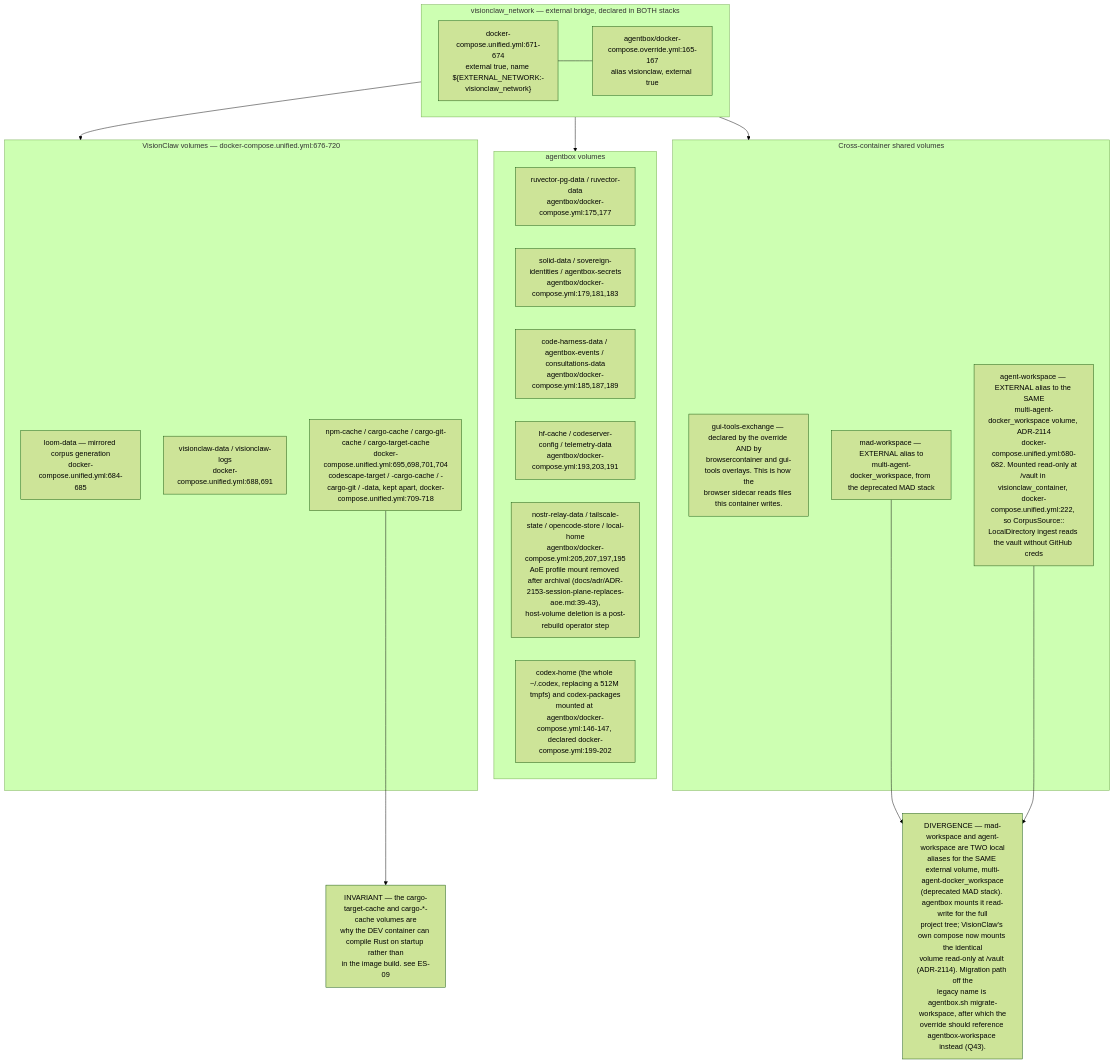
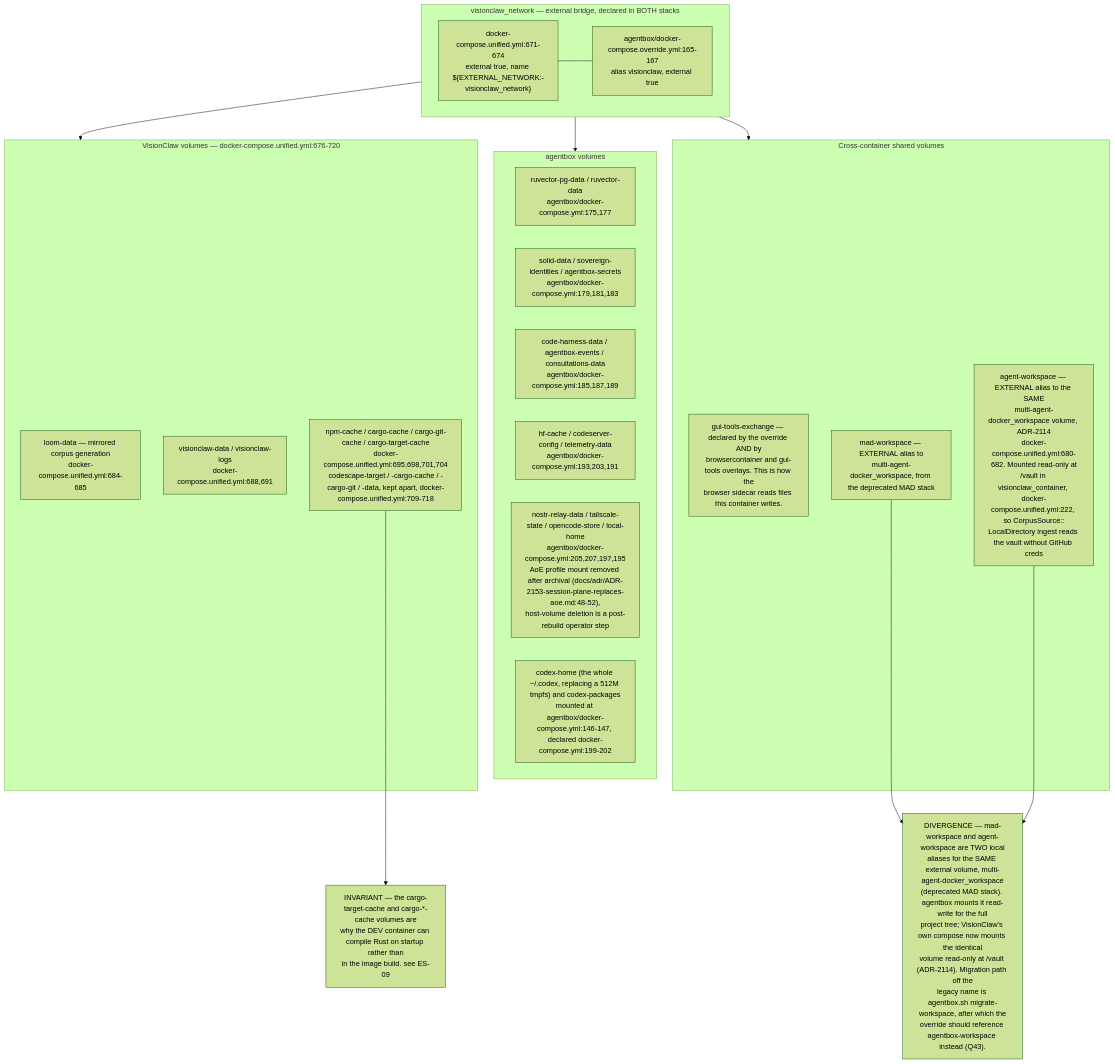
One commit to DreamLab-AI/VisionFlow changed the fourth of 8 diagrams in docs/diagrams/estate/01-estate-topology.md. Above: the diagram before and after it, drawn with Mermaid (forest theme). The commit also changed other lines of this file and 70 other files, not shown here.

First line of the commit message:
docs(diagrams): re-verify 69 topics at current default-branch heads

````diff
--- a/docs/diagrams/estate/01-estate-topology.md
+++ b/docs/diagrams/estate/01-estate-topology.md
@@ -191,37 +191,37 @@
 ```mermaid
 flowchart TB
     subgraph net["visionclaw_network — external bridge, declared in BOTH stacks"]
         N1["docker-compose.unified.yml:671-674<br/>external true, name ${EXTERNAL_NETWORK:-visionclaw_network}"]
         N2["agentbox/docker-compose.override.yml:165-167<br/>alias visionclaw, external true"]
     end
     subgraph vcvol["VisionClaw volumes — docker-compose.unified.yml:676-720"]
         V1["loom-data — mirrored corpus generation<br/>docker-compose.unified.yml:684-685"]
         V2["visionclaw-data / visionclaw-logs<br/>docker-compose.unified.yml:688,691"]
         V3["npm-cache / cargo-cache / cargo-git-cache / cargo-target-cache<br/>docker-compose.unified.yml:695,698,701,704<br/>codescape-target / -cargo-cache / -cargo-git / -data, kept apart, docker-compose.unified.yml:709-718"]
     end
     subgraph abvol["agentbox volumes"]
         W1["ruvector-pg-data / ruvector-data<br/>agentbox/docker-compose.yml:175,177"]
         W2["solid-data / sovereign-identities / agentbox-secrets<br/>agentbox/docker-compose.yml:179,181,183"]
         W3["code-harness-data / agentbox-events / consultations-data<br/>agentbox/docker-compose.yml:185,187,189"]
         W4["hf-cache / codeserver-config / telemetry-data<br/>agentbox/docker-compose.yml:193,203,191"]
-        W5["nostr-relay-data / tailscale-state / opencode-store / local-home<br/>agentbox/docker-compose.yml:205,207,197,195<br/>AoE profile mount removed after archival (docs/adr/ADR-2153-session-plane-replaces-aoe.md:39-43),<br/>host-volume deletion is a post-rebuild operator step"]
+        W5["nostr-relay-data / tailscale-state / opencode-store / local-home<br/>agentbox/docker-compose.yml:205,207,197,195<br/>AoE profile mount removed after archival (docs/adr/ADR-2153-session-plane-replaces-aoe.md:48-52),<br/>host-volume deletion is a post-rebuild operator step"]
         W6["codex-home (the whole ~/.codex, replacing a 512M tmpfs) and codex-packages<br/>mounted at agentbox/docker-compose.yml:146-147, declared docker-compose.yml:199-202"]
     end
     subgraph shared["Cross-container shared volumes"]
         S1["gui-tools-exchange — declared by the override AND by<br/>browsercontainer and gui-tools overlays. This is how the<br/>browser sidecar reads files this container writes."]
         S2["mad-workspace — EXTERNAL alias to<br/>multi-agent-docker_workspace, from the deprecated MAD stack"]
         S3["agent-workspace — EXTERNAL alias to the SAME<br/>multi-agent-docker_workspace volume, ADR-2114<br/>docker-compose.unified.yml:680-682. Mounted read-only at<br/>/vault in visionclaw_container, docker-compose.unified.yml:222, so CorpusSource::<br/>LocalDirectory ingest reads the vault without GitHub creds"]
     end
 
     N1 --- N2
     net --> vcvol
     net --> abvol
     net --> shared
 
     D1["DIVERGENCE — mad-workspace and agent-workspace are TWO local<br/>aliases for the SAME external volume, multi-agent-docker_workspace<br/>(deprecated MAD stack). agentbox mounts it read-write for the full<br/>project tree; VisionClaw's own compose now mounts the identical<br/>volume read-only at /vault (ADR-2114). Migration path off the<br/>legacy name is agentbox.sh migrate-workspace, after which the<br/>override should reference agentbox-workspace instead (Q43)."]
     INV["INVARIANT — the cargo-target-cache and cargo-*-cache volumes are<br/>why the DEV container can compile Rust on startup rather than<br/>in the image build. see ES-09"]
 
     S2 --> D1
     S3 --> D1
     V3 --> INV
 ```
````
